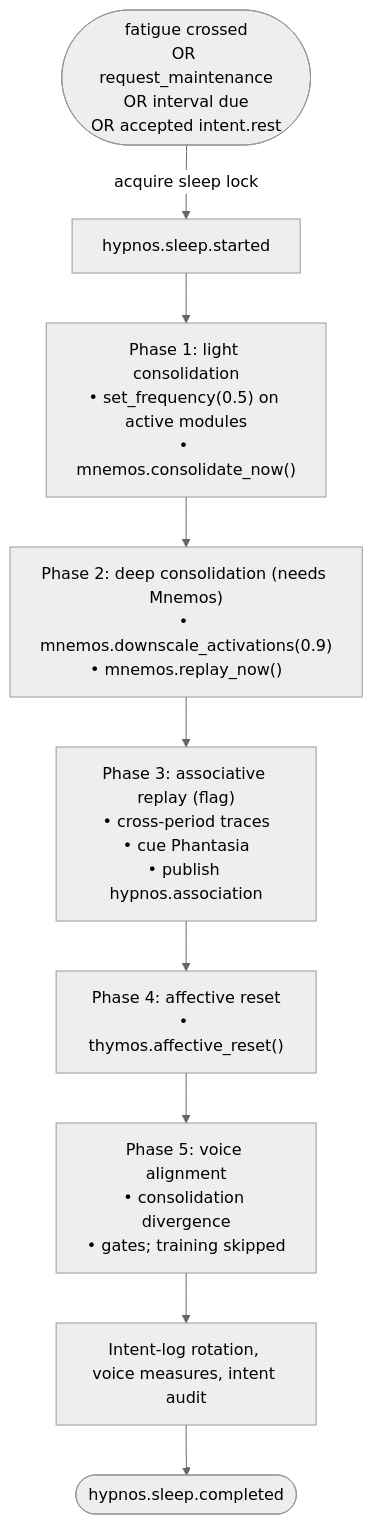
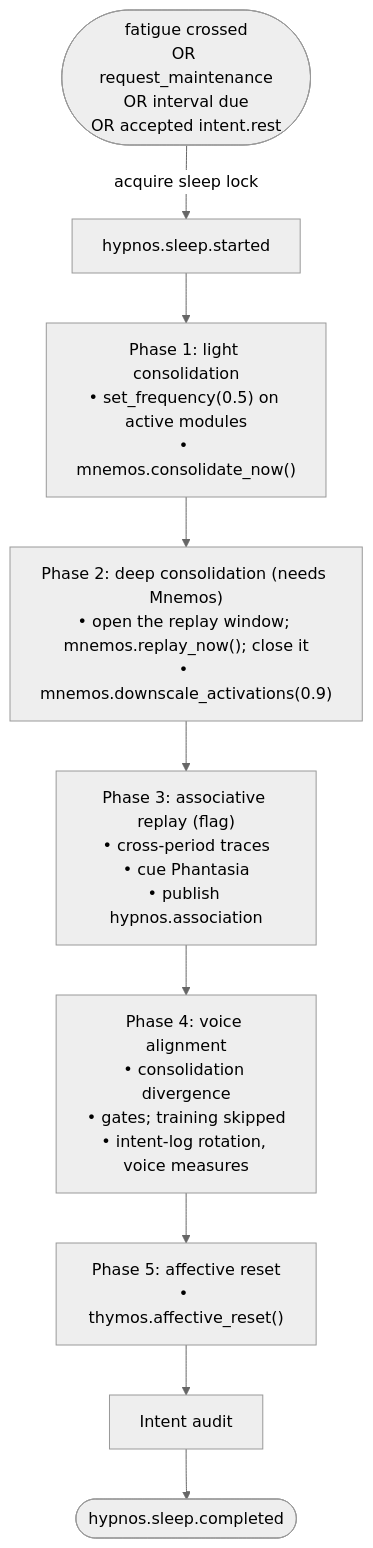
One commit to kaineone/kaine changed the diagram in docs/09-modules/hypnos.md. Above: the diagram before and after it, drawn with Mermaid (neutral theme). The commit also changed other lines of this file and 23 other files, not shown here.

First line of the commit message:
Sleep follows the paper's phase order; Hypnos opens the replay window

````diff
--- a/docs/09-modules/hypnos.md
+++ b/docs/09-modules/hypnos.md
@@ -46,16 +46,16 @@
 ```mermaid
 flowchart TD
     S([fatigue crossed\nOR request_maintenance\nOR interval due\nOR accepted intent.rest]) -->|acquire sleep lock| ST[hypnos.sleep.started]
     ST --> P1
     P1["Phase 1: light consolidation\n• set_frequency(0.5) on active modules\n• mnemos.consolidate_now()"]
     P1 --> P2
-    P2["Phase 2: deep consolidation (needs Mnemos)\n• mnemos.downscale_activations(0.9)\n• mnemos.replay_now()"]
+    P2["Phase 2: deep consolidation (needs Mnemos)\n• open the replay window; mnemos.replay_now(); close it\n• mnemos.downscale_activations(0.9)"]
     P2 --> P3
     P3["Phase 3: associative replay (flag)\n• cross-period traces\n• cue Phantasia\n• publish hypnos.association"]
     P3 --> P4
-    P4["Phase 4: affective reset\n• thymos.affective_reset()"]
+    P4["Phase 4: voice alignment\n• consolidation divergence\n• gates; training skipped\n• intent-log rotation, voice measures"]
     P4 --> P5
-    P5["Phase 5: voice alignment\n• consolidation divergence\n• gates; training skipped"]
-    P5 --> R[Intent-log rotation, voice measures, intent audit]
+    P5["Phase 5: affective reset\n• thymos.affective_reset()"]
+    P5 --> R[Intent audit]
     R --> E([hypnos.sleep.completed])
 ```
````
